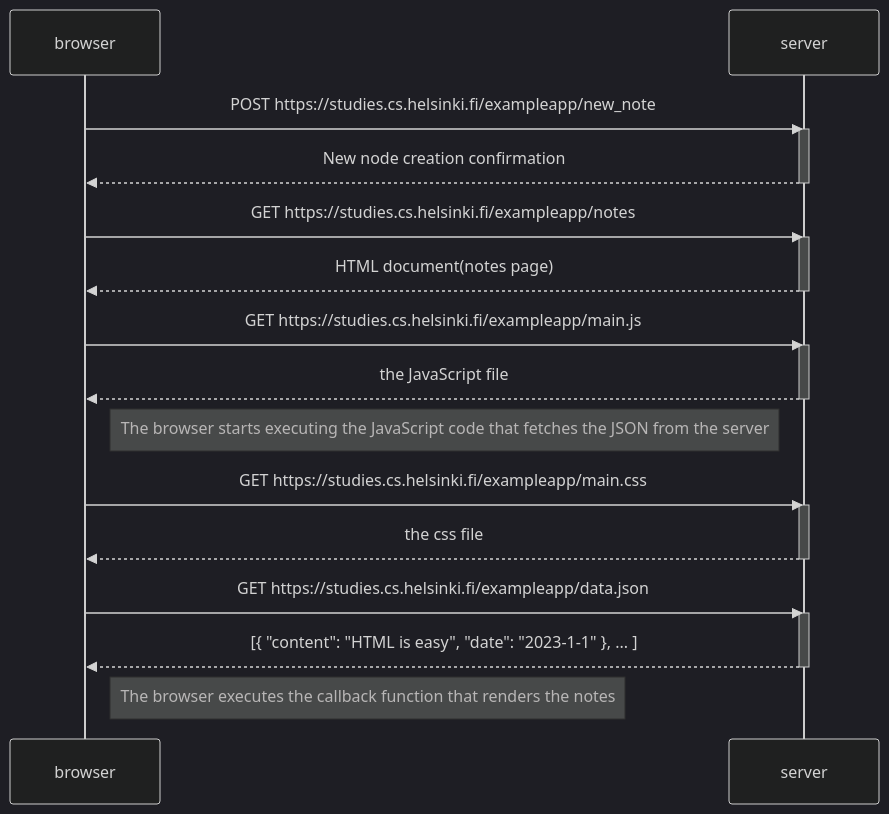
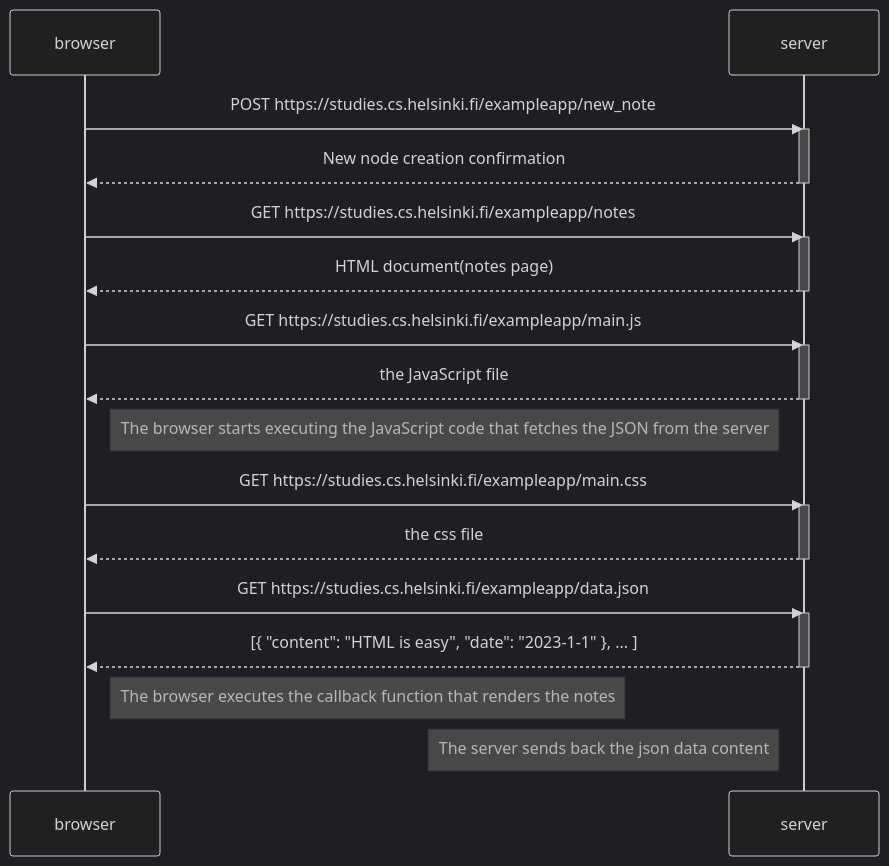
One commit to gaurav8969/full-stack-open changed the diagram in part01/sequenceDiagram.md. Above: the diagram before and after it, drawn with Mermaid (dark theme).

Commit message:
add example mermaid markdown

````diff
--- a/part01/sequenceDiagram.md
+++ b/part01/sequenceDiagram.md
@@ -1,34 +1,35 @@
 ```mermaid
 sequenceDiagram
     participant browser
     participant server
 
     browser->>server: POST https://studies.cs.helsinki.fi/exampleapp/new_note
     activate server
     server-->>browser: New node creation confirmation
     deactivate server
     
     browser->>server: GET https://studies.cs.helsinki.fi/exampleapp/notes
     activate server
     server-->>browser: HTML document(notes page)
     deactivate server
 
     browser->>server: GET https://studies.cs.helsinki.fi/exampleapp/main.js
     activate server
     server-->>browser: the JavaScript file
     deactivate server
     Note right of browser: The browser starts executing the JavaScript code that fetches the JSON from the server
 
     browser->>server: GET https://studies.cs.helsinki.fi/exampleapp/main.css
     activate server
     server-->>browser: the css file
     deactivate server
 
 
     browser->>server: GET https://studies.cs.helsinki.fi/exampleapp/data.json
     activate server
     server-->>browser: [{ "content": "HTML is easy", "date": "2023-1-1" }, ... ]
     deactivate server
 
     Note right of browser: The browser executes the callback function that renders the notes
+    Note left of server: The server sends back the json data content
 ```
````
